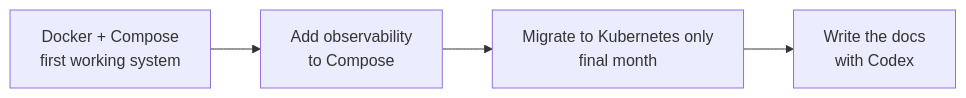
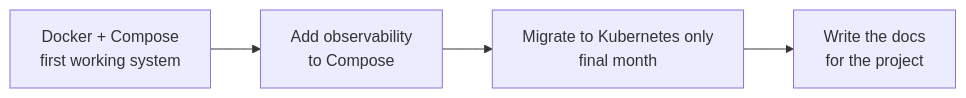
Before and after one commit to mohamad4444/cloud-native-purchase-system: diagram 13 of 26 in docs/_drafts/all-diagrams.md, drawn with Mermaid. The commit also changed 7 other files, not shown here.

````diff
--- a/docs/_drafts/all-diagrams.md
+++ b/docs/_drafts/all-diagrams.md
@@ -355,8 +355,8 @@
 ```mermaid
 flowchart LR
   A["Docker + Compose<br/>first working system"]
   B["Add observability<br/>to Compose"]
   C["Migrate to Kubernetes only<br/>final month"]
-  D["Write the docs<br/>with Codex"]
+  D["Write the docs<br/>for the project"]
   A --> B --> C --> D
 ```
````
